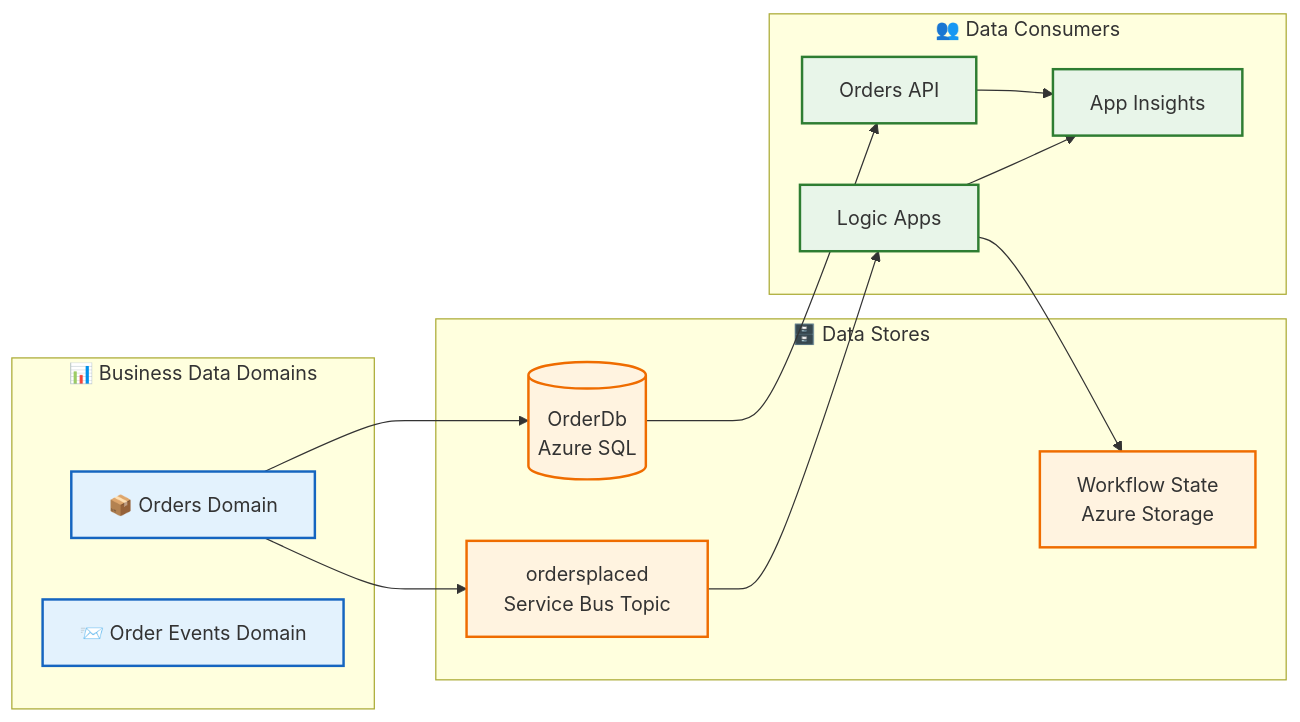
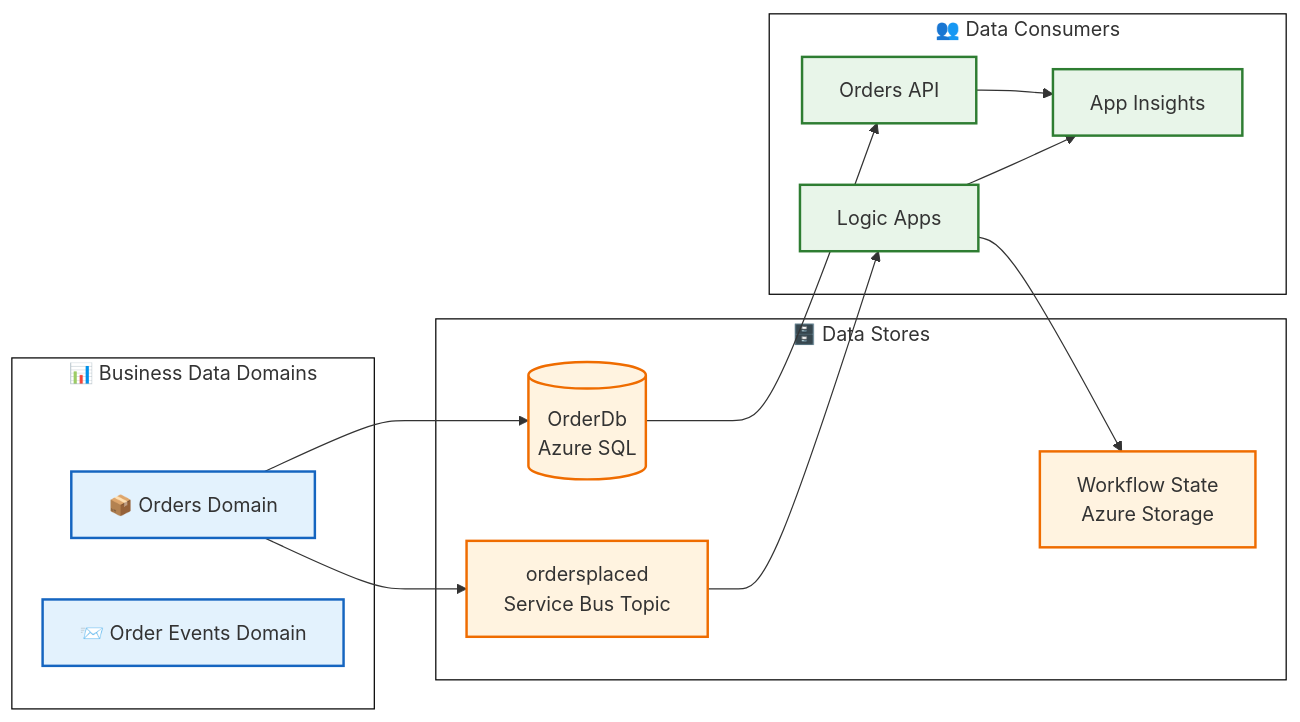
One commit to Evilazaro/Azure-LogicApps-Monitoring changed the first of 6 diagrams in docs/architecture/02-data-architecture.md. Above: the diagram before and after it, drawn with Mermaid. The commit also changed other lines of this file and 2 other files, not shown here.

Commit message:
Refactor Mermaid diagrams for improved clarity and consistency in business and data architecture documentation

````diff
--- a/docs/architecture/02-data-architecture.md
+++ b/docs/architecture/02-data-architecture.md
@@ -38,35 +38,37 @@
 ```mermaid
 flowchart LR
-    subgraph BusinessDomains["📊 Business Data Domains"]
+ subgraph BusinessDomains["📊 Business Data Domains"]
         Orders["📦 Orders Domain"]
         Events["📨 Order Events Domain"]
-    end
-
-    subgraph DataStores["🗄️ Data Stores"]
-        OrderDb[("OrderDb<br/>Azure SQL")]
-        EventStore["ordersplaced<br/>Service Bus Topic"]
-        WorkflowState["Workflow State<br/>Azure Storage"]
-    end
-
-    subgraph Consumers["👥 Data Consumers"]
+  end
+ subgraph DataStores["🗄️ Data Stores"]
+        OrderDb[("OrderDb<br>Azure SQL")]
+        EventStore["ordersplaced<br>Service Bus Topic"]
+        WorkflowState["Workflow State<br>Azure Storage"]
+  end
+ subgraph Consumers["👥 Data Consumers"]
         API["Orders API"]
         LogicApp["Logic Apps"]
         Analytics["App Insights"]
-    end
-
-    Orders --> OrderDb
-    Orders --> EventStore
+  end
+    Orders --> OrderDb & EventStore
     OrderDb --> API
     EventStore --> LogicApp
     API --> Analytics
-    LogicApp --> Analytics
-    LogicApp --> WorkflowState
+    LogicApp --> Analytics & WorkflowState
 
+     Orders:::domain
+     Events:::domain
+     OrderDb:::store
+     EventStore:::store
+     WorkflowState:::store
+     API:::consumer
+     LogicApp:::consumer
+     Analytics:::consumer
     classDef domain fill:#e3f2fd,stroke:#1565c0,stroke-width:2px
     classDef store fill:#fff3e0,stroke:#ef6c00,stroke-width:2px
     classDef consumer fill:#e8f5e9,stroke:#2e7d32,stroke-width:2px
-
-    class Orders,Events domain
-    class OrderDb,EventStore,WorkflowState store
-    class API,LogicApp,Analytics consumer
+    style Consumers stroke:#000000,fill:#FFFFFF
+    style BusinessDomains stroke:#000000,fill:#FFFFFF
+    style DataStores stroke:#000000,fill:#FFFFFF
 ```
````
